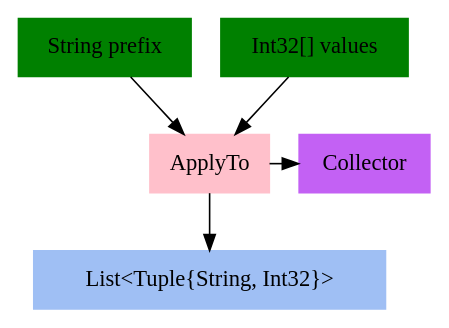
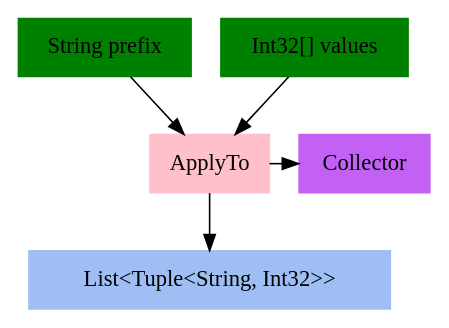
Before and after one commit to refactoring-pipelines/Pipelines: the diagram in Refactoring.Pipelines.Test/PipelineTests.ApplyTo.approved.dot, drawn with Graphviz. The commit also changed 6 other files, not shown here.

```diff
--- a/Refactoring.Pipelines.Test/PipelineTests.ApplyTo.approved.dot
+++ b/Refactoring.Pipelines.Test/PipelineTests.ApplyTo.approved.dot
@@ -1,17 +1,17 @@
 digraph G { node [style=filled, shape=rec]
 
 # Nodes
-{"String prefix", "Int32[] values"} -> "ApplyTo" -> {"List<Tuple{String, Int32}>", "Collector"}
+{"String prefix", "Int32[] values"} -> "ApplyTo" -> {"List<Tuple<String, Int32>>", "Collector"}
 
 
 # Formatting
 "String prefix" [color=green]
-"List<Tuple{String, Int32}>" [color="#9fbff4"]
+"List<Tuple<String, Int32>>" [color="#9fbff4"]
 "ApplyTo" [color=pink]
 "Collector" [color = "#c361f4"]
 "Int32[] values" [color=green]
 
 { rank=same; "ApplyTo", "Collector"}
 
 
 }
```
